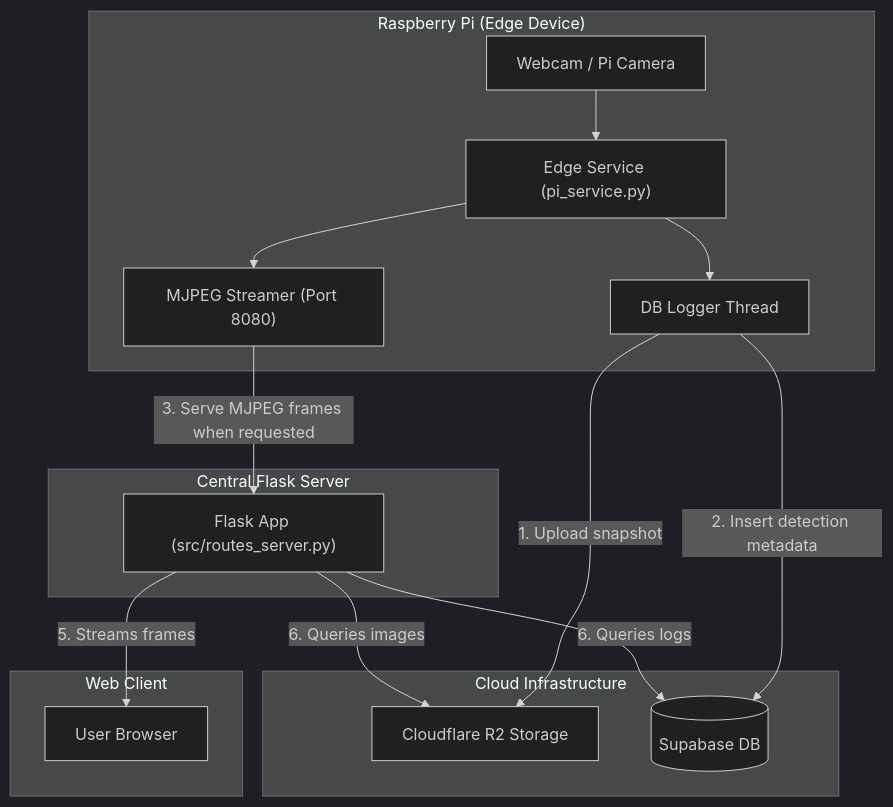
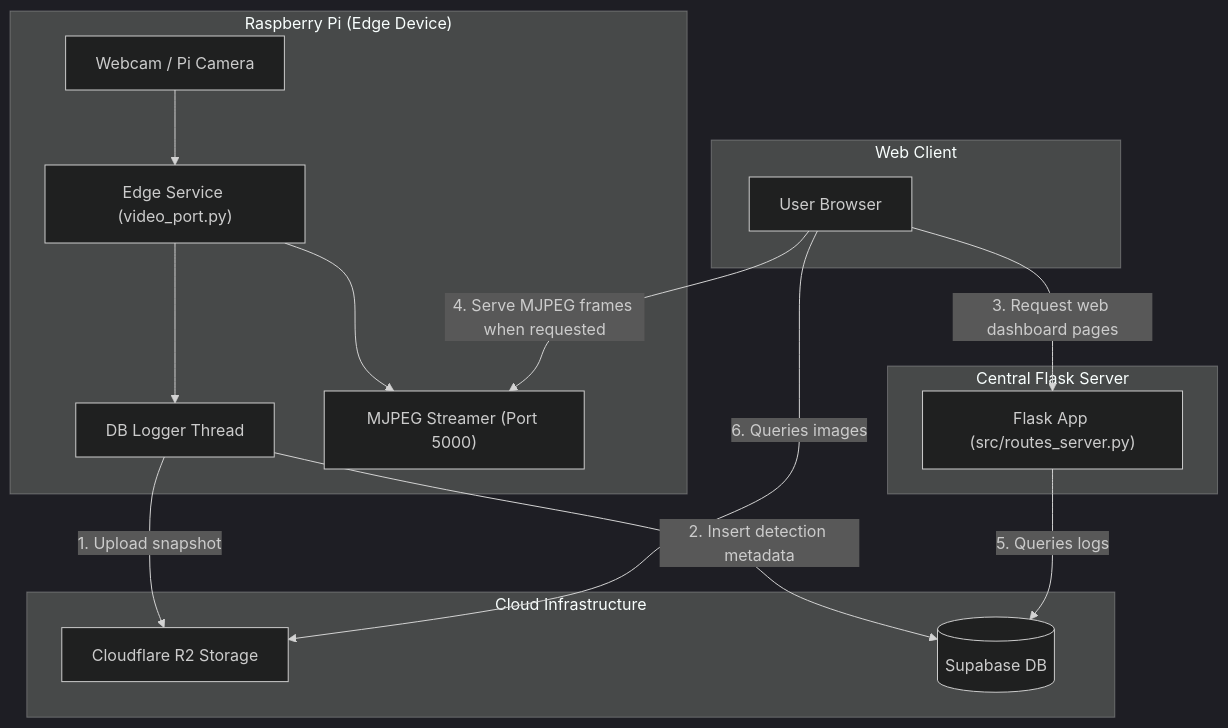
One commit to OGoodrum/Tomato-Dataset-Model changed the diagram in Architecture.md. Above: the diagram before and after it, drawn with Mermaid (dark theme). The commit also changed 1 other file, not shown here.

Commit message:
Changes to Architecture.md

````diff
--- a/Architecture.md
+++ b/Architecture.md
@@ -3,33 +3,33 @@
 ```mermaid
 graph TD
     subgraph Edge ["Raspberry Pi (Edge Device)"]
         Camera["Webcam / Pi Camera"]
-        PiService["Edge Service (pi_service.py)"]
+        PiService["Edge Service (video_port.py)"]
         DBLogger["DB Logger Thread"]
-        StreamServer["MJPEG Streamer (Port 8080)"]
+        StreamServer["MJPEG Streamer (Port 5000)"]
 
         Camera --> PiService
         PiService --> DBLogger
         PiService --> StreamServer
     end
 
     subgraph CloudServices ["Cloud Infrastructure"]
         Storage["Cloudflare R2 Storage"]
         Supabase[("Supabase DB")]
     end
 
     subgraph Server ["Central Flask Server"]
         FlaskServer["Flask App (src/routes_server.py)"]
     end
 
     subgraph Client ["Web Client"]
         Browser["User Browser"]
     end
 
     DBLogger -->|1. Upload snapshot| Storage
     DBLogger -->|2. Insert detection metadata| Supabase
-    StreamServer -->|3. Serve MJPEG frames when requested| FlaskServer
-    FlaskServer -->|5. Streams frames| Browser
-    FlaskServer -->|6. Queries logs| Supabase
-    FlaskServer -->|6. Queries images| Storage
+    Browser -->|3. Request web dashboard pages| FlaskServer
+    Browser -->|4. Serve MJPEG frames when requested| StreamServer
+    FlaskServer -->|5. Queries logs| Supabase
+    Browser -->|6. Queries images| Storage
 ```
````
